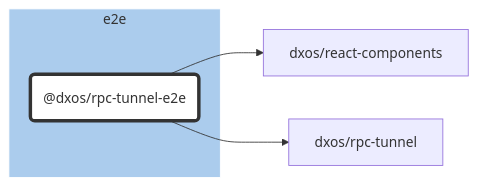
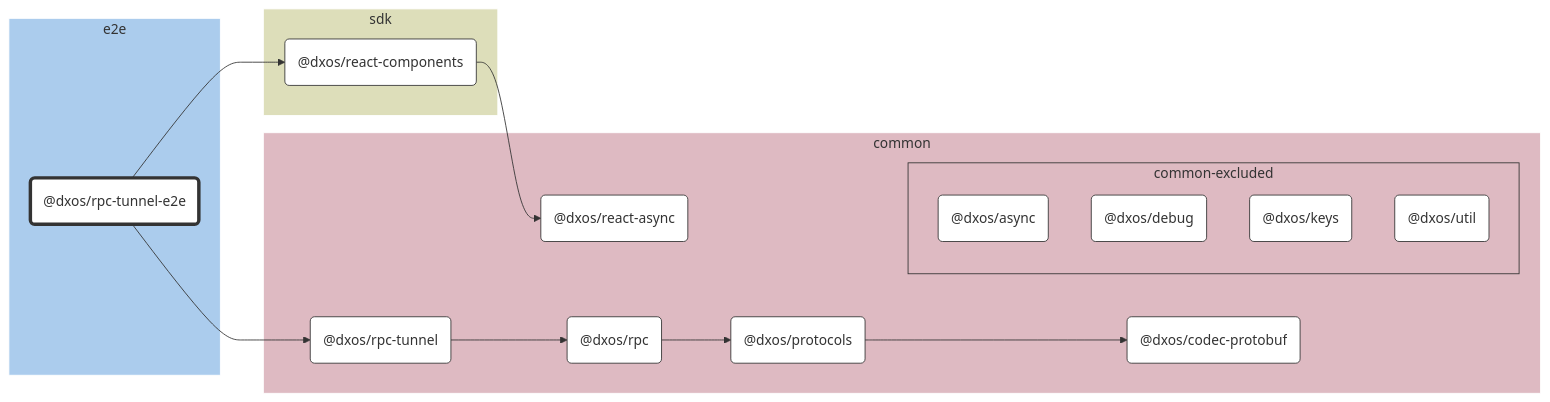
One commit to dxos/dxos changed the diagram in e2e/rpc-tunnel/docs/README.md. Above: the diagram before and after it, drawn with Mermaid. The commit also changed 69 other files, not shown here.

````diff
--- a/e2e/rpc-tunnel/docs/README.md
+++ b/e2e/rpc-tunnel/docs/README.md
@@ -7,22 +7,58 @@
 ```mermaid
 %%{ init: {'flowchart':{'curve':'basis'}} }%%
 
 flowchart LR
 
 %% Classes
 classDef def fill:#fff,stroke:#333,stroke-width:1px
 classDef root fill:#fff,stroke:#333,stroke-width:4px
 
 %% Nodes
 
 subgraph e2e [e2e]
   style e2e fill:#abcced,stroke:#fff
   dxos/rpc-tunnel-e2e("@dxos/rpc-tunnel-e2e"):::root
   click dxos/rpc-tunnel-e2e "dxos/dxos/tree/main/e2e/rpc-tunnel/docs"
 end
 
+subgraph common [common]
+  style common fill:#debac2,stroke:#fff
+  dxos/codec-protobuf("@dxos/codec-protobuf"):::def
+  click dxos/codec-protobuf "dxos/dxos/tree/main/packages/common/codec-protobuf/docs"
+  dxos/protocols("@dxos/protocols"):::def
+  click dxos/protocols "dxos/dxos/tree/main/packages/common/protocols/docs"
+  dxos/react-async("@dxos/react-async"):::def
+  click dxos/react-async "dxos/dxos/tree/main/packages/common/react-async/docs"
+  dxos/rpc("@dxos/rpc"):::def
+  click dxos/rpc "dxos/dxos/tree/main/packages/common/rpc/docs"
+  dxos/rpc-tunnel("@dxos/rpc-tunnel"):::def
+  click dxos/rpc-tunnel "dxos/dxos/tree/main/packages/common/rpc-tunnel/docs"
+
+  subgraph common-excluded [common-excluded]
+    style common-excluded fill:#debac2,stroke:#333,stroke-dashed:5 5
+    dxos/async("@dxos/async"):::def
+    click dxos/async "dxos/dxos/tree/main/packages/common/async/docs"
+    dxos/debug("@dxos/debug"):::def
+    click dxos/debug "dxos/dxos/tree/main/packages/common/debug/docs"
+    dxos/keys("@dxos/keys"):::def
+    click dxos/keys "dxos/dxos/tree/main/packages/common/keys/docs"
+    dxos/util("@dxos/util"):::def
+    click dxos/util "dxos/dxos/tree/main/packages/common/util/docs"
+  end
+end
+
+subgraph sdk [sdk]
+  style sdk fill:#dddeba,stroke:#fff
+  dxos/react-components("@dxos/react-components"):::def
+  click dxos/react-components "dxos/dxos/tree/main/packages/sdk/react-components/docs"
+end
+
 %% Links
 linkStyle default stroke:#333,stroke-width:1px
+dxos/protocols --> dxos/codec-protobuf
 dxos/rpc-tunnel-e2e --> dxos/react-components
+dxos/react-components --> dxos/react-async
+dxos/rpc --> dxos/protocols
 dxos/rpc-tunnel-e2e --> dxos/rpc-tunnel
+dxos/rpc-tunnel --> dxos/rpc
 ```
````
